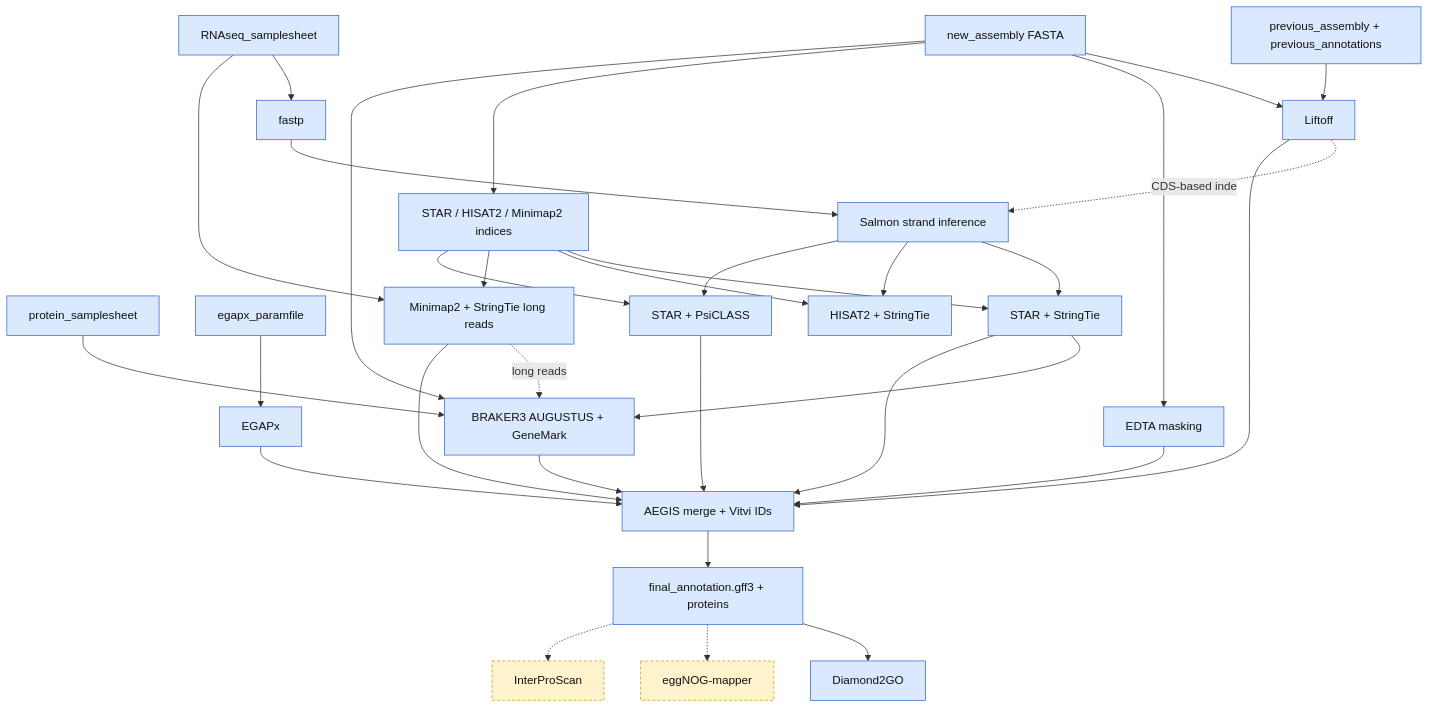
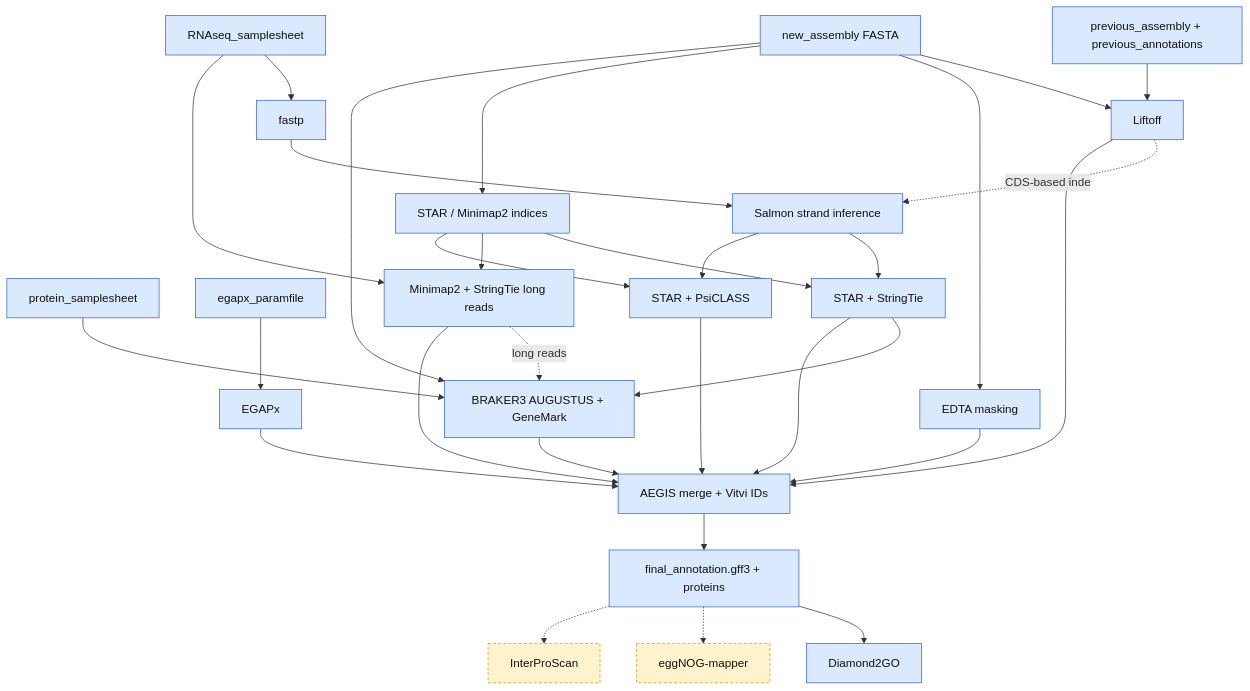
Before and after one commit to Grapedia/workflows: the second of 4 diagrams in TITAN/README.md, drawn with Mermaid. The commit also changed other lines of this file and 6 other files, not shown here.

````diff
--- a/TITAN/README.md
+++ b/TITAN/README.md
@@ -162,47 +167,46 @@
 ```mermaid
 flowchart TD
     classDef core fill:#dbe9ff,stroke:#3366cc,color:#111
     classDef opt fill:#fff3cd,stroke:#cc9900,color:#111,stroke-dasharray:4 3
 
     NEW[new_assembly FASTA]:::core
     PREV[previous_assembly + previous_annotations]:::core
     RNA[RNAseq_samplesheet]:::core
     PROT[protein_samplesheet]:::core
     EGCFG[egapx_paramfile]:::core
 
     LIFT[Liftoff]:::core
     EDTA[EDTA masking]:::core
     EGAPX[EGAPx]:::core
     FASTP[fastp]:::core
-    IDX[STAR / HISAT2 / Minimap2 indices]:::core
+    IDX[STAR / Minimap2 indices]:::core
     STRAND[Salmon strand inference]:::core
     STAR[STAR + StringTie]:::core
     PSI[STAR + PsiCLASS]:::core
-    HISAT[HISAT2 + StringTie]:::core
     MM2[Minimap2 + StringTie long reads]:::core
     BRAKER[BRAKER3 AUGUSTUS + GeneMark]:::core
 
     AEGIS[AEGIS merge + Vitvi IDs]:::core
     FINAL[final_annotation.gff3 + proteins]:::core
     D2GO[Diamond2GO]:::core
     EGG[eggNOG-mapper]:::opt
     IPS[InterProScan]:::opt
 
     NEW --> LIFT & EDTA & IDX & BRAKER
     PREV --> LIFT
     EGCFG --> EGAPX
     RNA --> FASTP
     RNA --> MM2
     FASTP --> STRAND
     LIFT -.CDS-based index.-> STRAND
-    STRAND --> STAR & HISAT & PSI
-    IDX --> STAR & HISAT & MM2 & PSI
+    STRAND --> STAR & PSI
+    IDX --> STAR & MM2 & PSI
     PROT --> BRAKER
     STAR --> BRAKER
     MM2 -.long reads.-> BRAKER
 
     LIFT & EGAPX & BRAKER & STAR & PSI & MM2 --> AEGIS
     EDTA --> AEGIS
     AEGIS --> FINAL --> D2GO
     FINAL -.-> EGG & IPS
 ```
````
